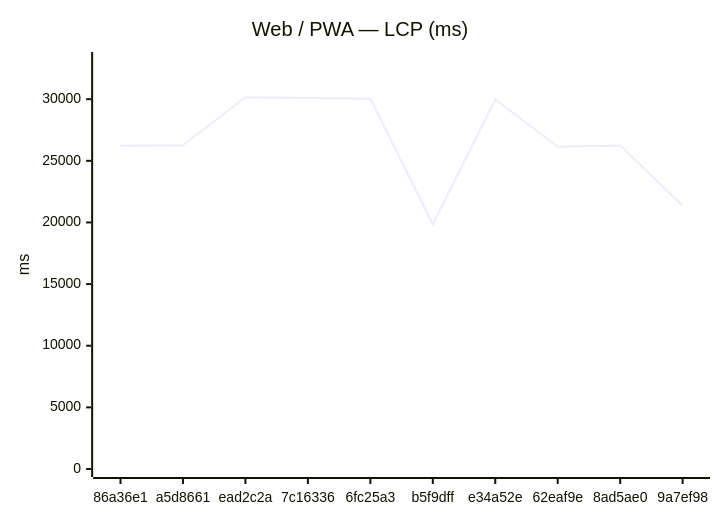
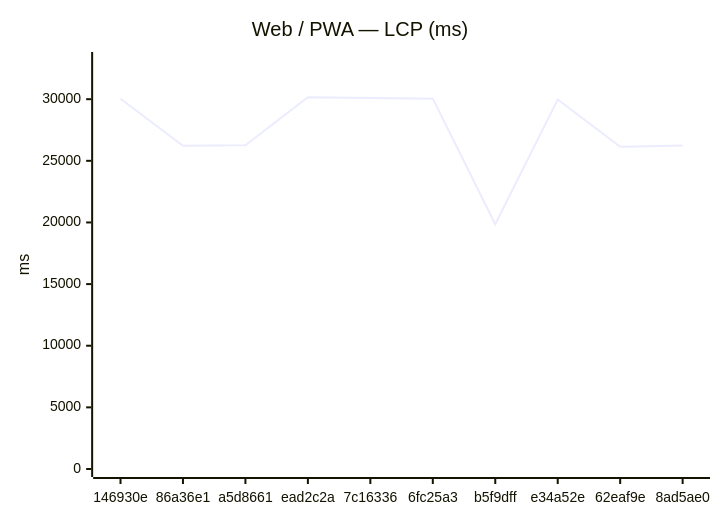
The first of 12 diagrams in benchmarks/compare.md (Metaheurist/Rianell), drawn with Mermaid before and after one commit. The commit also changed other lines of this file and 8 other files, not shown here.

````diff
--- a/benchmarks/compare.md
+++ b/benchmarks/compare.md
@@ -24,7 +24,7 @@
 ```mermaid
 xychart-beta
     title "Web / PWA — LCP (ms)"
-    x-axis ["86a36e1", "a5d8661", "ead2c2a", "7c16336", "6fc25a3", "b5f9dff", "e34a52e", "62eaf9e", "8ad5ae0", "9a7ef98"]
+    x-axis ["146930e", "86a36e1", "a5d8661", "ead2c2a", "7c16336", "6fc25a3", "b5f9dff", "e34a52e", "62eaf9e", "8ad5ae0"]
     y-axis "ms" 0 --> 33179
-    line [26222, 26258, 30162, 30106, 30044, 19849, 29974, 26139, 26251, 21355]
+    line [30039, 26222, 26258, 30162, 30106, 30044, 19849, 29974, 26139, 26251]
 ```
````
